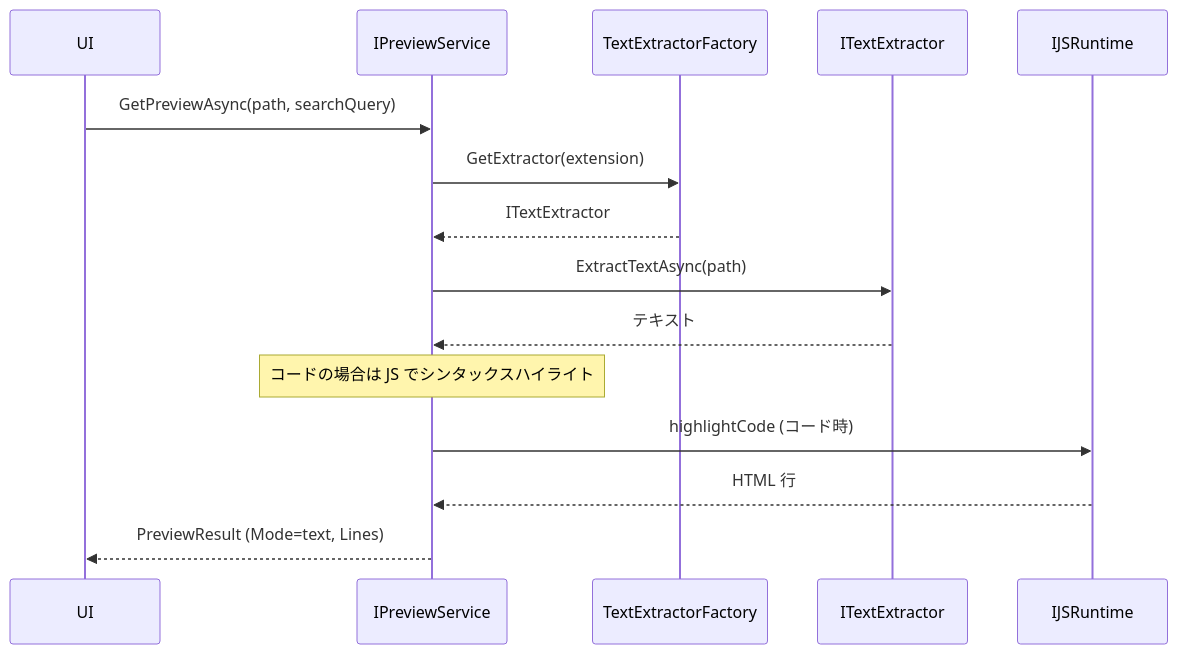
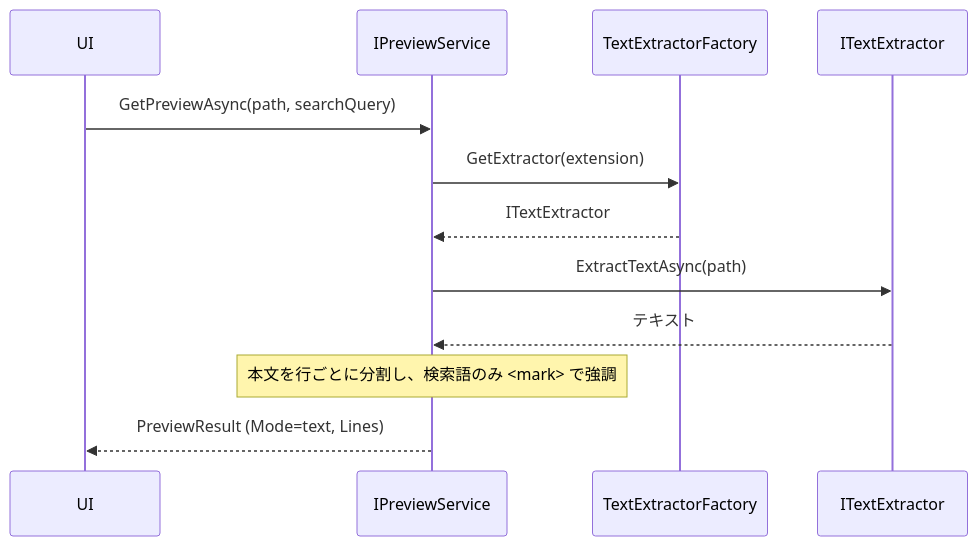
One commit to zndmonya-dot/FileSearchApp- changed the fourth of 4 diagrams in docs/詳細設計.md. Above: the diagram before and after it, drawn with Mermaid. The commit also changed other lines of this file and 9 other files, not shown here.

````diff
--- a/docs/詳細設計.md
+++ b/docs/詳細設計.md
@@ -217,17 +217,14 @@
 ```mermaid
 sequenceDiagram
   participant UI
   participant IPreview as IPreviewService
   participant Factory as TextExtractorFactory
   participant Ext as ITextExtractor
-  participant JS as IJSRuntime
   UI->>IPreview: GetPreviewAsync(path, searchQuery)
   IPreview->>Factory: GetExtractor(extension)
   Factory-->>IPreview: ITextExtractor
   IPreview->>Ext: ExtractTextAsync(path)
   Ext-->>IPreview: テキスト
-  Note over IPreview: コードの場合は JS でシンタックスハイライト
-  IPreview->>JS: highlightCode (コード時)
-  JS-->>IPreview: HTML 行
+  Note over IPreview: 本文を行ごとに分割し、検索語のみ <mark> で強調
   IPreview-->>UI: PreviewResult (Mode=text, Lines)
 ```
````
